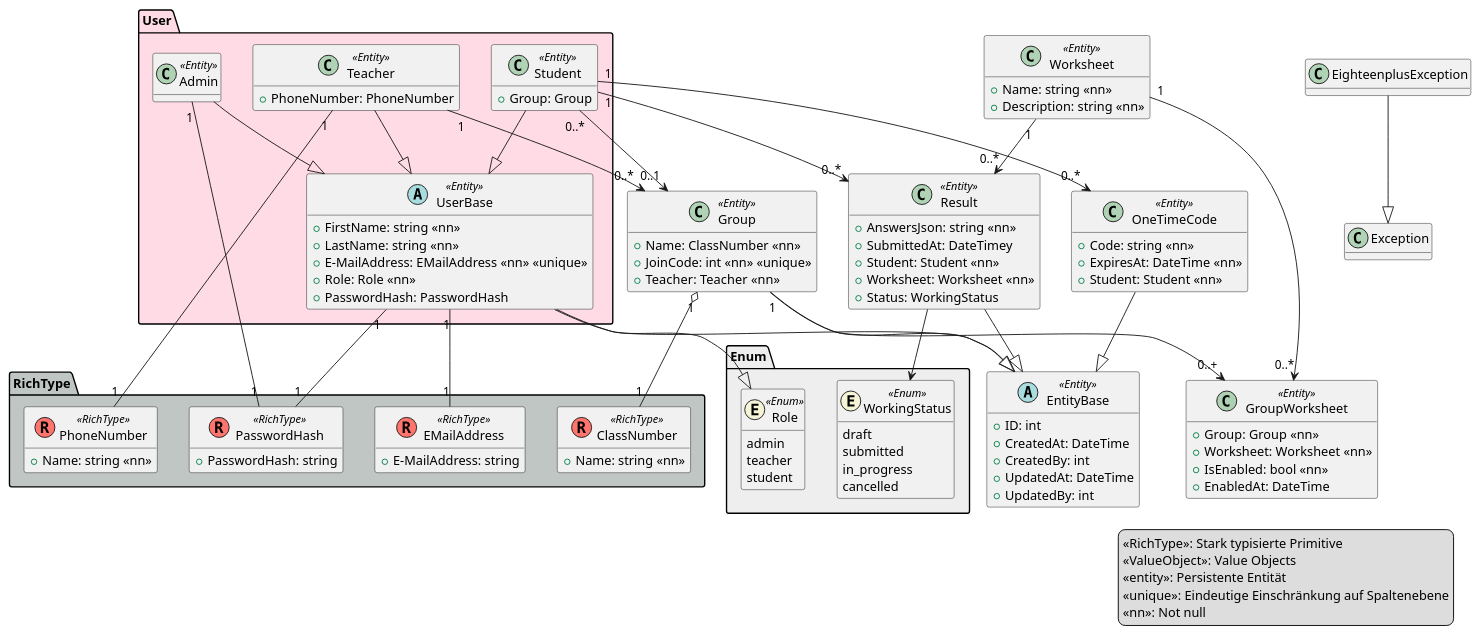
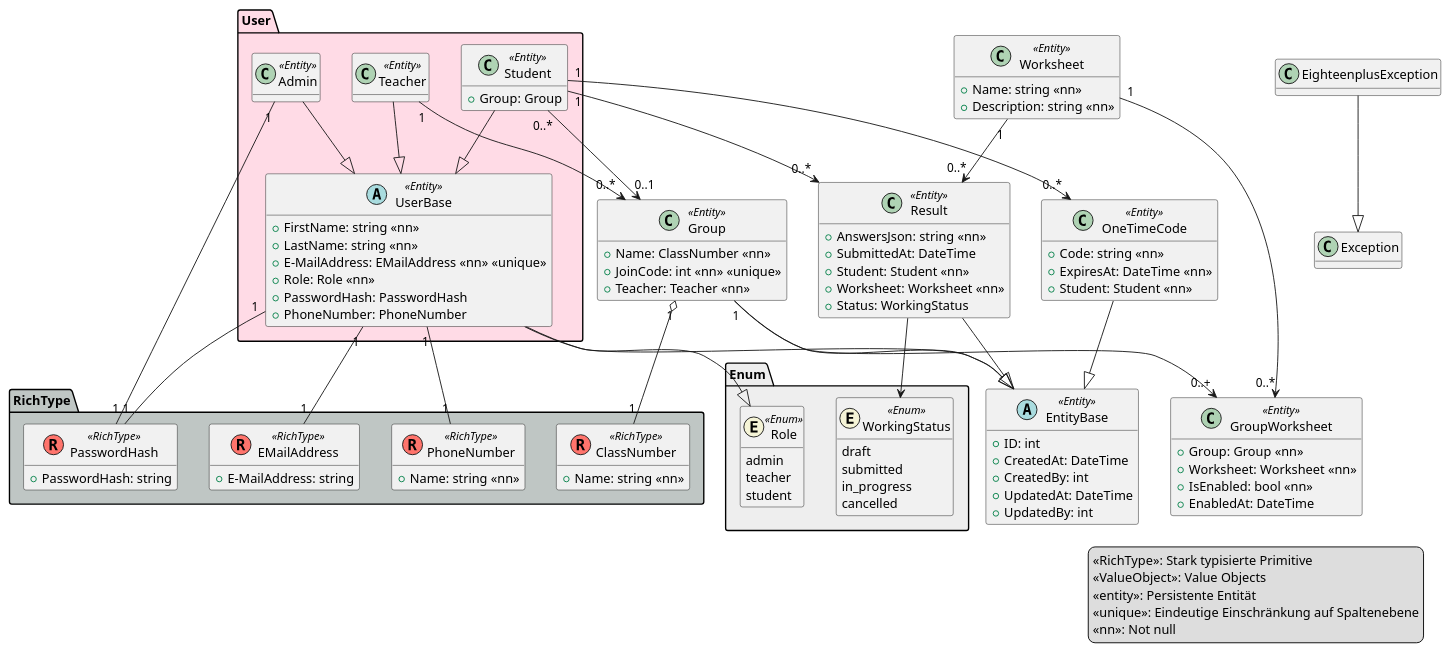
Before and after one commit to darmattt/18plus: the diagram in 18plus.puml, drawn with PlantUML. The commit also changed 20 other files, not shown here.

```diff
--- a/18plus.puml
+++ b/18plus.puml
@@ -1,145 +1,145 @@
 @startuml
 ' ---- Layout & Stil ----
 hide empty methods
 ' ---- Legende ----
 legend right
 <<RichType>>: Stark typisierte Primitive
 <<ValueObject>>: Value Objects
 <<entity>>: Persistente Entität
 <<unique>>: Eindeutige Einschränkung auf Spaltenebene
 <<nn>>: Not null
 endlegend
 ' ===================== Packages =====================
     class EntityBase << (A,#A9DCDF) Entity >> {
         +ID: int
         +CreatedAt: DateTime
         +CreatedBy: int
         +UpdatedAt: DateTime
         +UpdatedBy: int   
     }
     
   
     class EighteenplusException << (C,#AFD3B4)  >> {  
     }
   
     class Exception << (C,#AFD3B4)  >> {
     
     }
   
     class Group <<(C,#AFD3B4) Entity >> {
         +Name: ClassNumber <<nn>>
         +JoinCode: int <<nn>> <<unique>>
         +Teacher: Teacher <<nn>>
     }
 package "User" as P_User #FFDBE6 {
     class UserBase << (A,#A9DCDF) Entity >> {
         +FirstName: string <<nn>>
         +LastName: string <<nn>>
         +E-MailAddress: EMailAddress <<nn>> <<unique>>
         +Role: Role <<nn>>
         +PasswordHash: PasswordHash
+        +PhoneNumber: PhoneNumber
     }
     
     class Admin << (C,#AFD3B4) Entity >> {
     }
 
     class Teacher << (C,#AFD3B4) Entity >> {
-        +PhoneNumber: PhoneNumber
     }
     class Student << (C,#AFD3B4) Entity >> {
         +Group: Group  
 
     }
 }
     class OneTimeCode << (C, #AFD3B4) Entity>> {
         +Code: string <<nn>>
         +ExpiresAt: DateTime <<nn>>
         +Student: Student <<nn>>
     }
 
  
     class Result << (C, #AFD3B4) Entity >> {
         +AnswersJson: string <<nn>>
-        +SubmittedAt: DateTimey 
+        +SubmittedAt: DateTime 
         +Student: Student <<nn>>
         +Worksheet: Worksheet <<nn>>
         +Status: WorkingStatus
     }
     
 
  
 
     
     class Worksheet << (C, #AFD3B4) Entity >> {
         +Name: string <<nn>>
         +Description: string <<nn>>
     }
     
     class GroupWorksheet <<Entity>> {
         +Group: Group <<nn>>
         +Worksheet: Worksheet <<nn>>
         +IsEnabled: bool <<nn>>
         +EnabledAt: DateTime 
     }
     
 
    
   
 package "RichType" as P_RichType #BFC6C4 {
 
     class EMailAddress << (R,#FF746C ) RichType>> {
         + E-MailAddress: string
         }  
         
     class PasswordHash << (R,#FF746C ) RichType>> {
         + PasswordHash: string
         }  
 
     class ClassNumber << (R,#FF746C) RichType >> {
         +Name: string <<nn>>
     }
     
     class PhoneNumber << (R,#FF746C) RichType >> {
         +Name: string <<nn>>
     }
         
 }
 package "Enum" as P_Enum #EEEEEE {
 
     class Role <<(E, #F5F4D6) Enum>> {
         admin
         teacher
         student        
     }
     class WorkingStatus << (E, #F5F4D6) Enum >> {
         draft
         submitted
         in_progress
         cancelled
     }
 }
   
     UserBase --|> EntityBase
     Teacher --|> UserBase
     Student --|> UserBase
     EighteenplusException --|> Exception
     Student "0..*"-->"0..1" Group
     Group "1" o-- "1" ClassNumber
     Teacher "1"-->"0..*" Group
     Group --|> EntityBase
     Result --|> EntityBase
     Result --> WorkingStatus
     Student "1" --> "0..*" Result
     Worksheet "1" --> "0..*" Result
     OneTimeCode --|> EntityBase
     Student "1" --> "0..*" OneTimeCode
     Group "1" --> "0..+"GroupWorksheet
     Worksheet "1" --> "0..*" GroupWorksheet
     UserBase --|> Role
     UserBase "1"--"1" EMailAddress
     UserBase "1"--"1" PasswordHash
-    PhoneNumber "1" -- "1" Teacher
+    PhoneNumber "1" -- "1" UserBase
     Admin --|> UserBase
     Admin "1"--"1" PasswordHash
  
 @enduml
```
